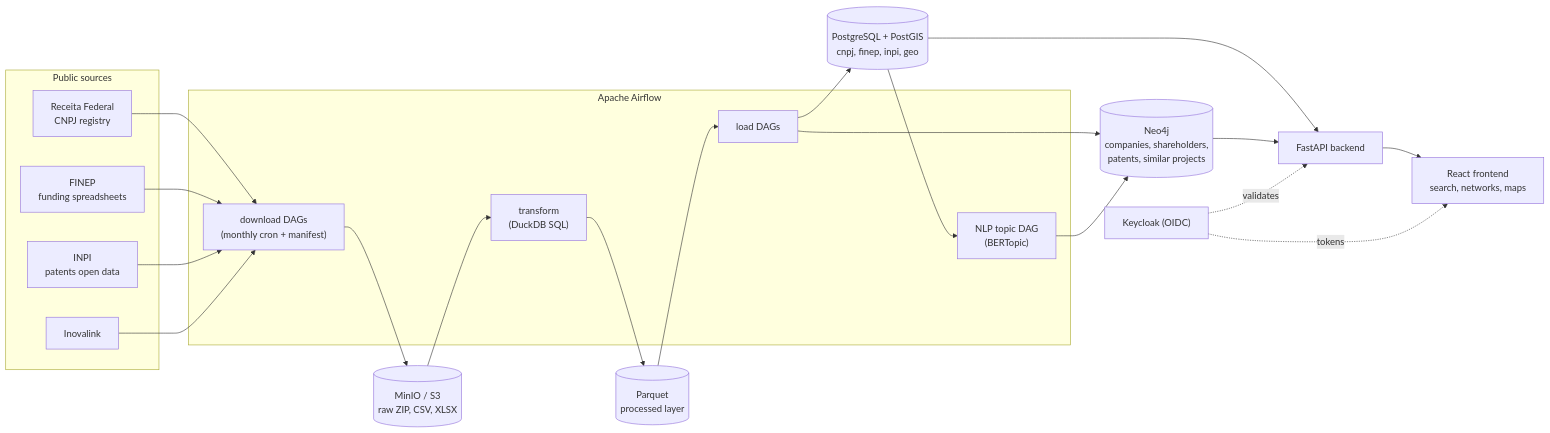
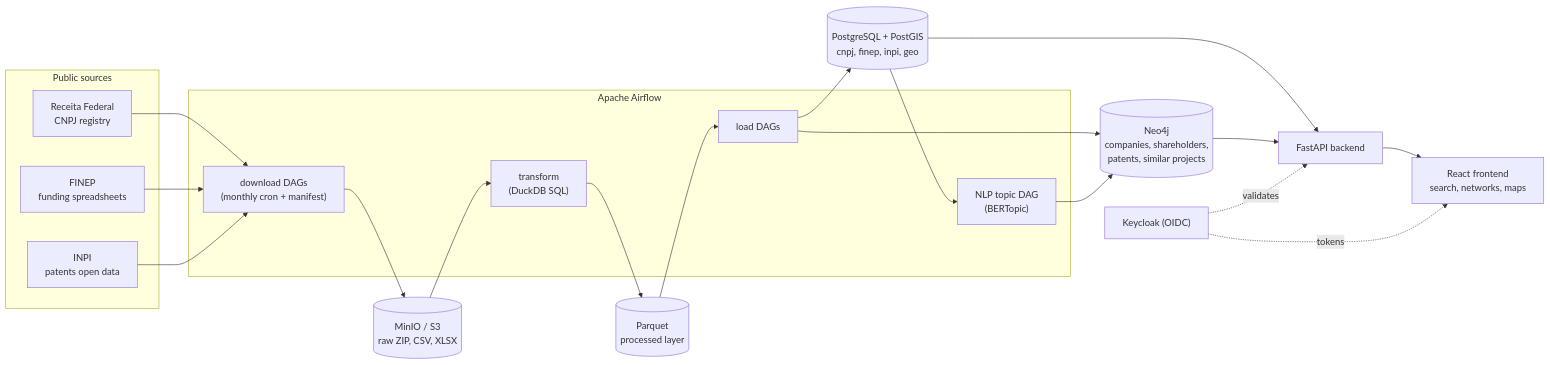
One commit to rodfileto/osint-platform changed the diagram in README.md. Above: the diagram before and after it, drawn with Mermaid. The commit also changed other lines of this file and 24 other files, not shown here.

````diff
--- a/README.md
+++ b/README.md
@@ -19,32 +19,31 @@
 ```mermaid
 flowchart LR
     subgraph Sources["Public sources"]
         RF["Receita Federal<br/>CNPJ registry"]
         FINEP["FINEP<br/>funding spreadsheets"]
         INPI["INPI<br/>patents open data"]
-        INOVA["Inovalink"]
     end
 
     subgraph Airflow["Apache Airflow"]
         DL["download DAGs<br/>(monthly cron + manifest)"]
         TR["transform<br/>(DuckDB SQL)"]
         LD["load DAGs"]
         NLP["NLP topic DAG<br/>(BERTopic)"]
     end
 
     RAW[("MinIO / S3<br/>raw ZIP, CSV, XLSX")]
     PQ[("Parquet<br/>processed layer")]
     PG[("PostgreSQL + PostGIS<br/>cnpj, finep, inpi, geo")]
     NEO[("Neo4j<br/>companies, shareholders,<br/>patents, similar projects")]
     API["FastAPI backend"]
     UI["React frontend<br/>search, networks, maps"]
     KC["Keycloak (OIDC)"]
 
-    RF & FINEP & INPI & INOVA --> DL --> RAW --> TR --> PQ --> LD
+    RF & FINEP & INPI --> DL --> RAW --> TR --> PQ --> LD
     LD --> PG
     LD --> NEO
     PG --> NLP --> NEO
     PG & NEO --> API --> UI
     KC -. tokens .-> UI
     KC -. validates .-> API
 ```
````
